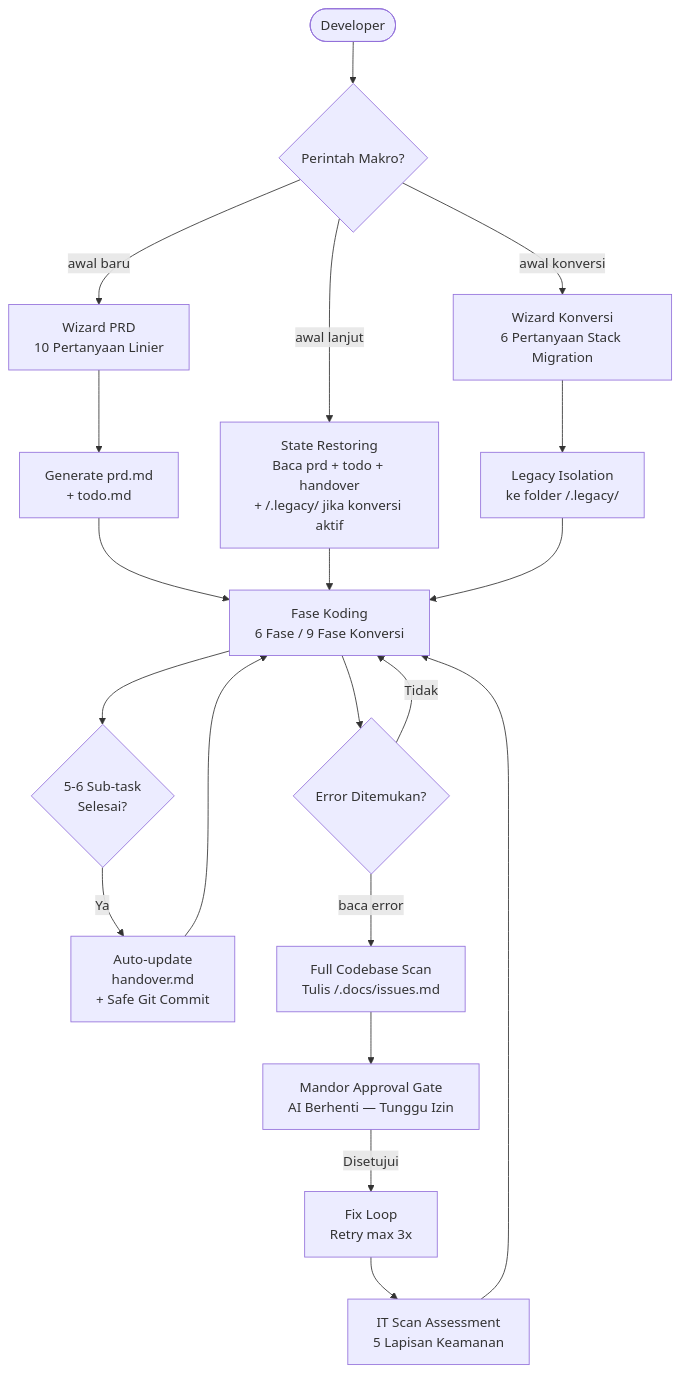
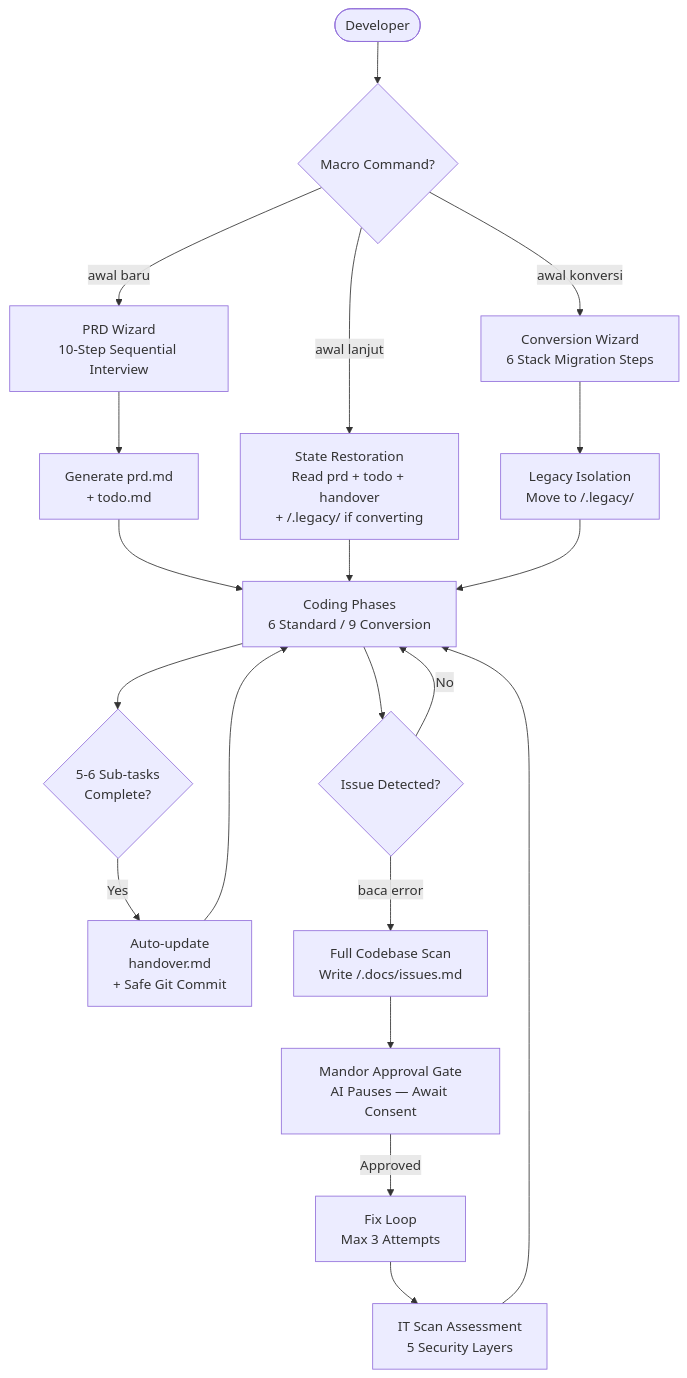
The diagram in README.md (Noisesless/brainvibes), drawn with Mermaid before and after one commit. The commit also changed other lines of this file, not shown here.

````diff
--- a/README.md
+++ b/README.md
@@ -358,28 +362,28 @@
 ```mermaid
 graph TD
-    START([Developer]) --> CMD{Perintah Makro?}
+    START([Developer]) --> CMD{Macro Command?}
 
-    CMD -- "awal baru" --> INIT[Wizard PRD\n10 Pertanyaan Linier]
+    CMD -- "awal baru" --> INIT[PRD Wizard\n10-Step Sequential Interview]
     INIT --> PRD[Generate prd.md\n+ todo.md]
-    PRD --> PHASE[Fase Koding\n6 Fase / 9 Fase Konversi]
+    PRD --> PHASE[Coding Phases\n6 Standard / 9 Conversion]
 
-    CMD -- "awal lanjut" --> RESTORE[State Restoring\nBaca prd + todo + handover\n+ /.legacy/ jika konversi aktif]
+    CMD -- "awal lanjut" --> RESTORE[State Restoration\nRead prd + todo + handover\n+ /.legacy/ if converting]
     RESTORE --> PHASE
 
-    CMD -- "awal konversi" --> WIZARD[Wizard Konversi\n6 Pertanyaan Stack Migration]
-    WIZARD --> LEGACY[Legacy Isolation\nke folder /.legacy/]
+    CMD -- "awal konversi" --> WIZARD[Conversion Wizard\n6 Stack Migration Steps]
+    WIZARD --> LEGACY[Legacy Isolation\nMove to /.legacy/]
     LEGACY --> PHASE
 
-    PHASE --> TASK{5-6 Sub-task\nSelesai?}
-    TASK -- Ya --> HANDOVER[Auto-update\nhandover.md\n+ Safe Git Commit]
+    PHASE --> TASK{5-6 Sub-tasks\nComplete?}
+    TASK -- Yes --> HANDOVER[Auto-update\nhandover.md\n+ Safe Git Commit]
     HANDOVER --> PHASE
 
-    PHASE --> BUG{Error Ditemukan?}
-    BUG -- "baca error" --> SCAN[Full Codebase Scan\nTulis /.docs/issues.md]
-    SCAN --> GATE[Mandor Approval Gate\nAI Berhenti — Tunggu Izin]
-    GATE -- Disetujui --> FIX[Fix Loop\nRetry max 3x]
-    FIX --> ITSA[IT Scan Assessment\n5 Lapisan Keamanan]
+    PHASE --> BUG{Issue Detected?}
+    BUG -- "baca error" --> SCAN[Full Codebase Scan\nWrite /.docs/issues.md]
+    SCAN --> GATE[Mandor Approval Gate\nAI Pauses — Await Consent]
+    GATE -- Approved --> FIX[Fix Loop\nMax 3 Attempts]
+    FIX --> ITSA[IT Scan Assessment\n5 Security Layers]
     ITSA --> PHASE
 
-    BUG -- Tidak --> PHASE
+    BUG -- No --> PHASE
 ```
````
